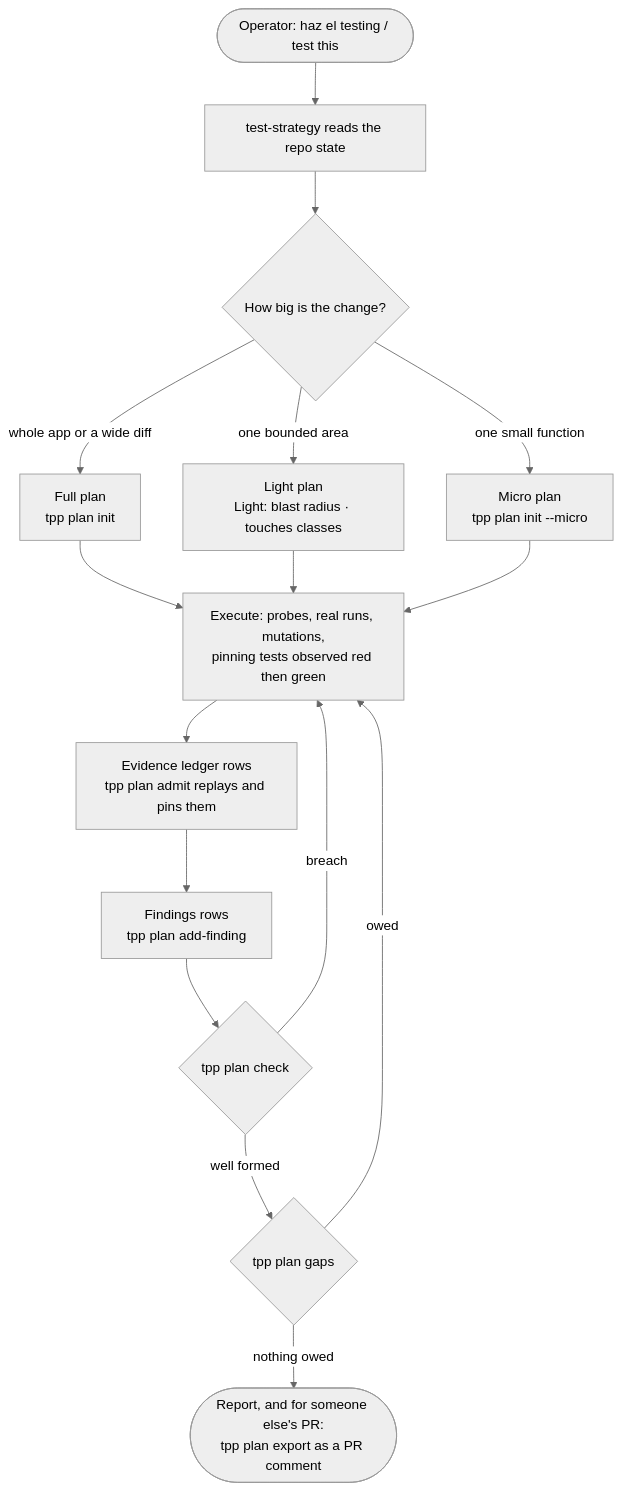
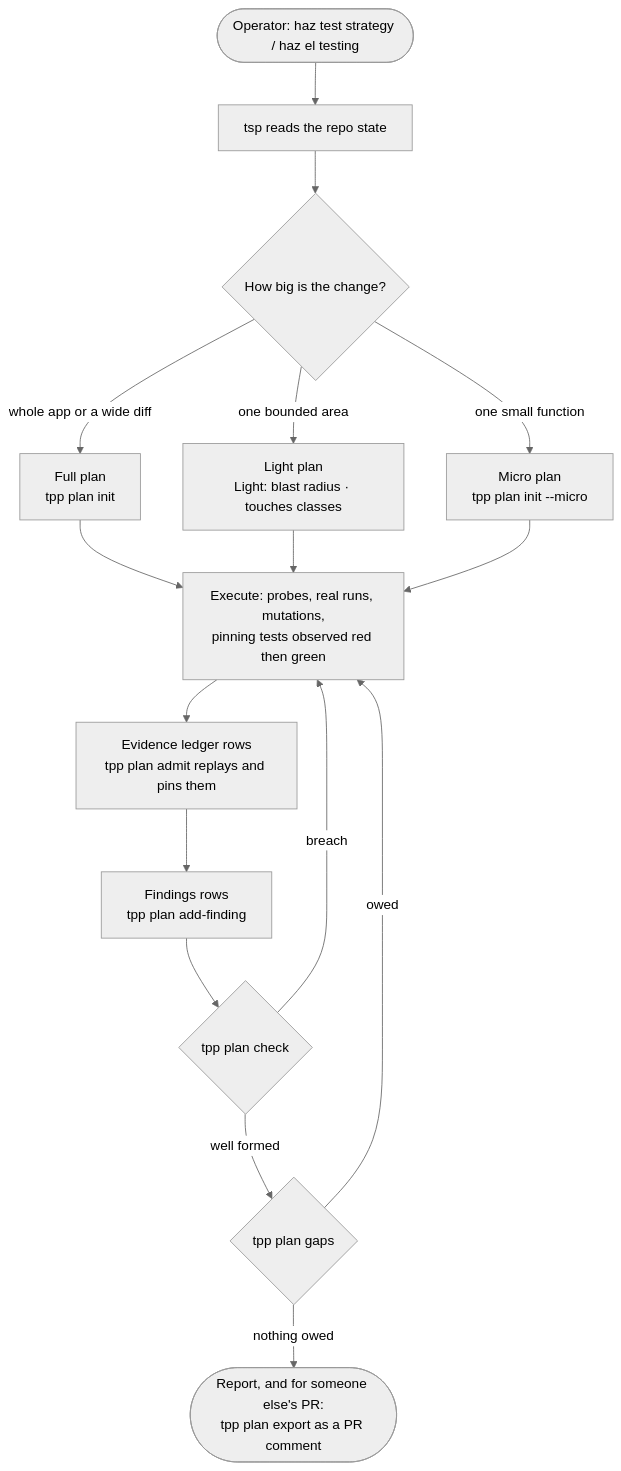
Before and after one commit to alesierraalta/tpp: the third of 4 diagrams in README.md, drawn with Mermaid (neutral theme). The commit also changed other lines of this file and 93 other files, not shown here.

Commit message:
feat(skills): rename test strategy router to tsp

````diff
--- a/README.md
+++ b/README.md
@@ -93,18 +93,18 @@
 ```mermaid
 flowchart TD
-    ask([Operator: haz el testing / test this]) --> strategy[test-strategy reads the repo state]
+    ask([Operator: haz test strategy / haz el testing]) --> strategy[tsp reads the repo state]
     strategy --> size{How big is the change?}
     size -- "whole app or a wide diff" --> full[Full plan<br/>tpp plan init]
     size -- "one bounded area" --> light[Light plan<br/>Light: blast radius · touches classes]
     size -- "one small function" --> micro[Micro plan<br/>tpp plan init --micro]
     full --> execute
     light --> execute
     micro --> execute
     execute[Execute: probes, real runs, mutations,<br/>pinning tests observed red then green] --> ledger[Evidence ledger rows<br/>tpp plan admit replays and pins them]
     ledger --> findings[Findings rows<br/>tpp plan add-finding]
     findings --> check{tpp plan check}
     check -- breach --> execute
     check -- well formed --> gaps{tpp plan gaps}
     gaps -- owed --> execute
     gaps -- nothing owed --> close([Report, and for someone else's PR:<br/>tpp plan export as a PR comment])
 ```
````
